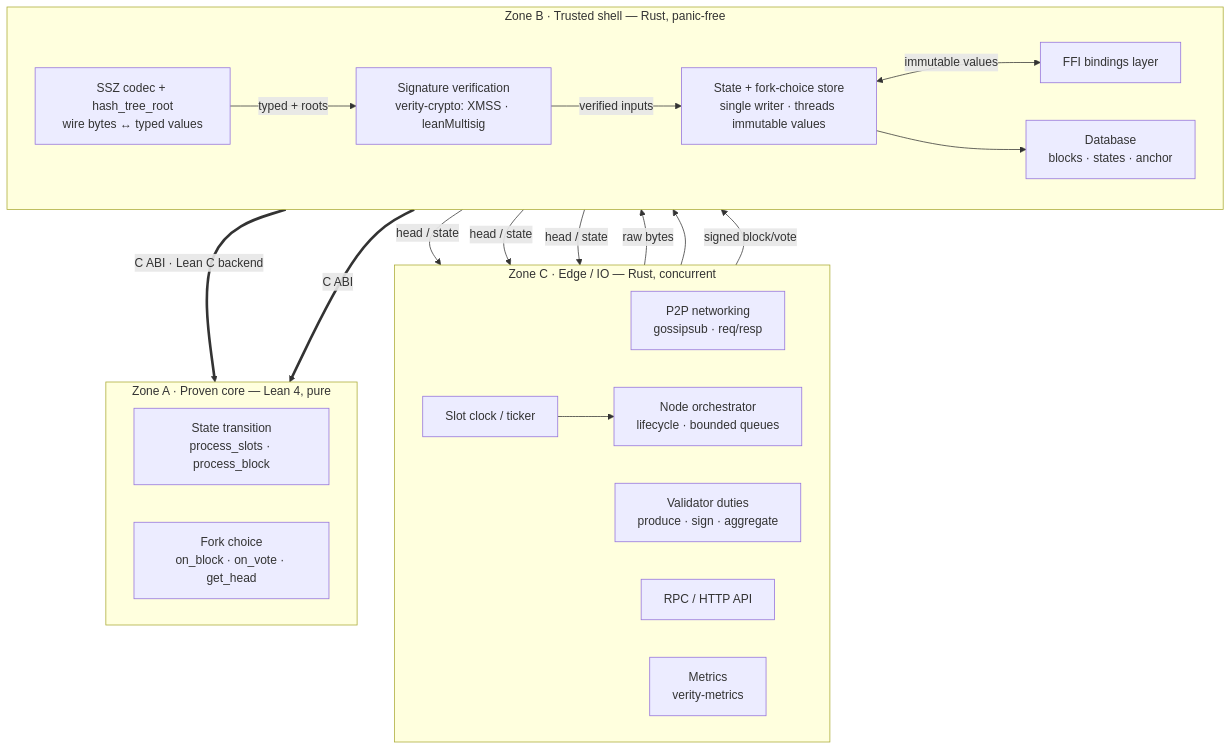
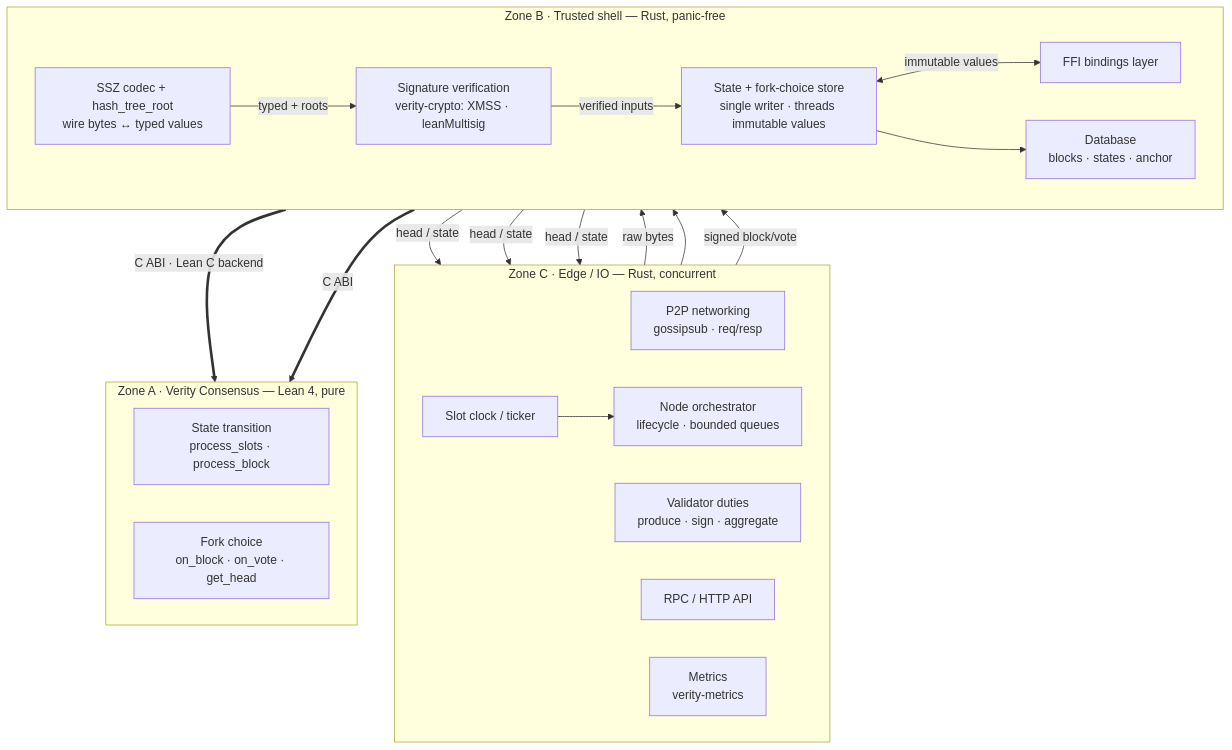
Before and after one commit to NyxFoundation/verity: the first of 3 diagrams in ARCHITECTURE.md, drawn with Mermaid. The commit also changed other lines of this file and 28 other files, not shown here.

````diff
--- a/ARCHITECTURE.md
+++ b/ARCHITECTURE.md
@@ -35,40 +35,40 @@
 ```mermaid
 flowchart TB
     subgraph C["Zone C · Edge / IO — Rust, concurrent"]
         direction LR
         NET["P2P networking<br/>gossipsub · req/resp"]
         CLK["Slot clock / ticker"]
         VAL["Validator duties<br/>produce · sign · aggregate"]
         RPC["RPC / HTTP API"]
         MET["Metrics<br/>verity-metrics"]
         ORCH["Node orchestrator<br/>lifecycle · bounded queues"]
     end
 
     subgraph B["Zone B · Trusted shell — Rust, panic-free"]
         direction LR
         CODEC["SSZ codec + hash_tree_root<br/>wire bytes ↔ typed values"]
         CRYPTO["Signature verification<br/>verity-crypto: XMSS · leanMultisig"]
         STORE["State + fork-choice store<br/>single writer · threads immutable values"]
         DB["Database<br/>blocks · states · anchor"]
         FFI["FFI bindings layer"]
     end
 
-    subgraph A["Zone A · Proven core — Lean 4, pure"]
+    subgraph A["Zone A · Verity Consensus — Lean 4, pure"]
         direction LR
         STF["State transition<br/>process_slots · process_block"]
         FC["Fork choice<br/>on_block · on_vote · get_head"]
     end
 
     NET -->|"raw bytes"| CODEC
     CODEC -->|"typed + roots"| CRYPTO
     CRYPTO -->|"verified inputs"| STORE
     CLK --> ORCH --> STORE
     STORE <-->|"immutable values"| FFI
     FFI ==>|"C ABI · Lean C backend"| STF
     FFI ==>|"C ABI"| FC
     STORE --> DB
     STORE -->|"head / state"| VAL
     STORE -->|"head / state"| RPC
     STORE -->|"head / state"| MET
     VAL -->|"signed block/vote"| CODEC
 ```
````
